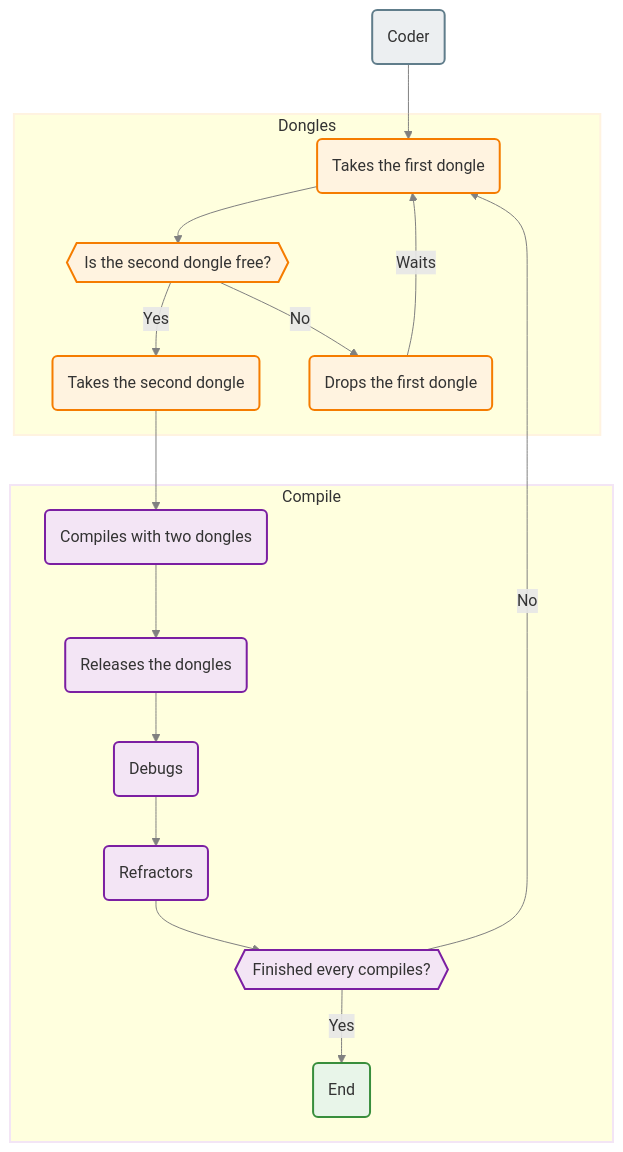
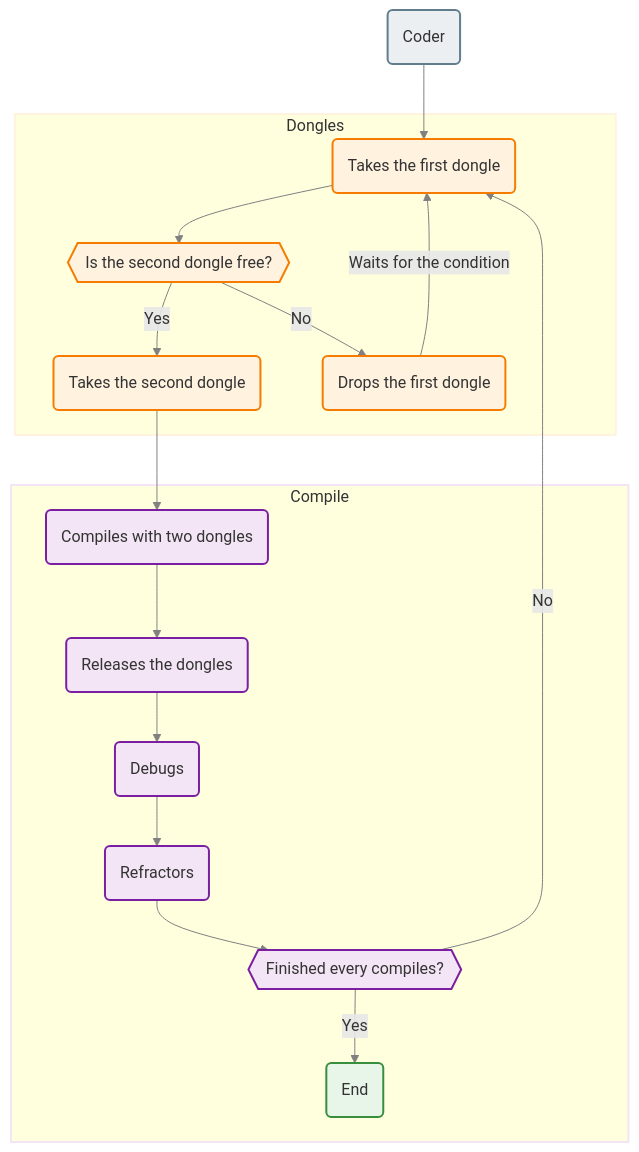
The second of 4 diagrams in README.md (noemiepi/Codexion), drawn with Mermaid before and after one commit. The commit also changed other lines of this file, not shown here.

````diff
--- a/README.md
+++ b/README.md
@@ -102,40 +113,40 @@
 ```mermaid
 flowchart TD
 
     classDef start fill:#eceff1,stroke:#607d8b,stroke-width:2px,color:#333;
     classDef take_dongle fill:#fff3e0,stroke:#f57c00,stroke-width:2px,color:#333;
     classDef coder_compile fill:#f3e5f5,stroke:#7b1fa2,stroke-width:2px,color:#333;
     classDef finish fill:#e8f5e9,stroke:#388e3c,stroke-width:2px,color:#333;
 
     classDef dongle stroke:#fff3e0,stroke-width:2px;
     classDef compile stroke:#f3e5f5,stroke-width:2px;
 
     A(Coder) --> B(Takes the first dongle)
 
     subgraph Dongles
     B --> C{{Is the second dongle free?}}
     C -->|Yes| D(Takes the second dongle)
     C -->|No| E(Drops the first dongle)
     end
 
     subgraph Compile
-    E -->|Waits| B
+    E -->|Waits for the condition| B
     D --> F(Compiles with two dongles)
     F --> G(Releases the dongles)
     G --> H(Debugs)
     H --> I(Refractors)
     I --> J{{Finished every compiles?}}
     J -->|Yes| K(End)
     J -->|No| B
     end
 
     class Dongles dongle
     class Compile compile
 
     class A start
     class B,C,D,E take_dongle
     class F,G,H,I,J,K coder_compile
     class K finish
 
     linkStyle default stroke:gray;
 ```
````
